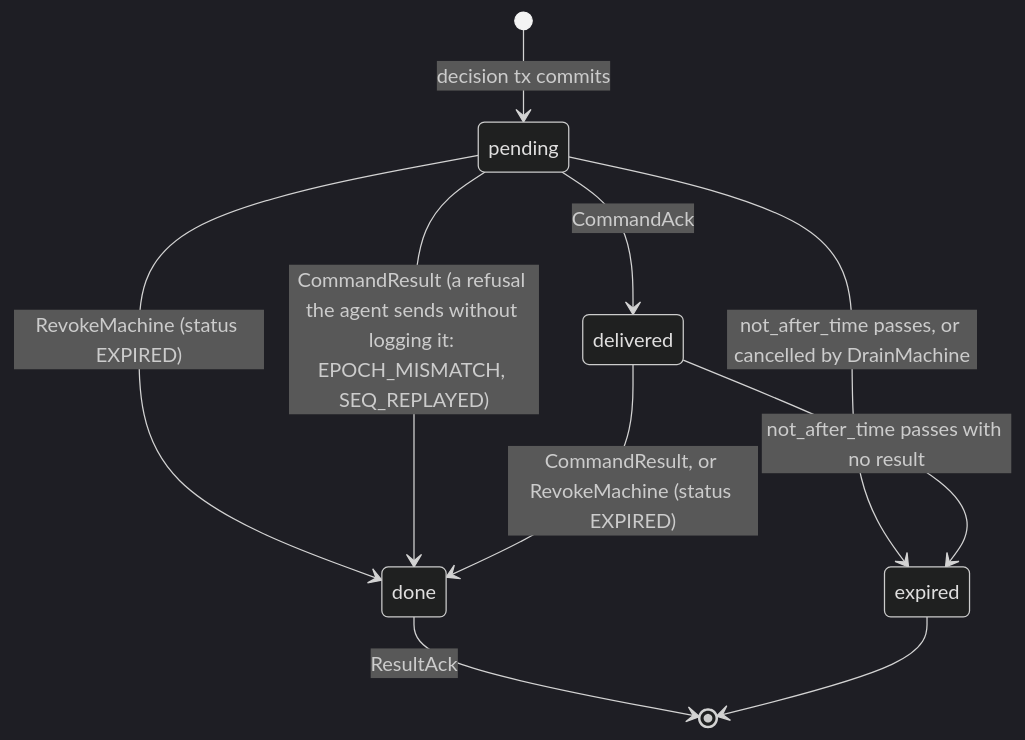
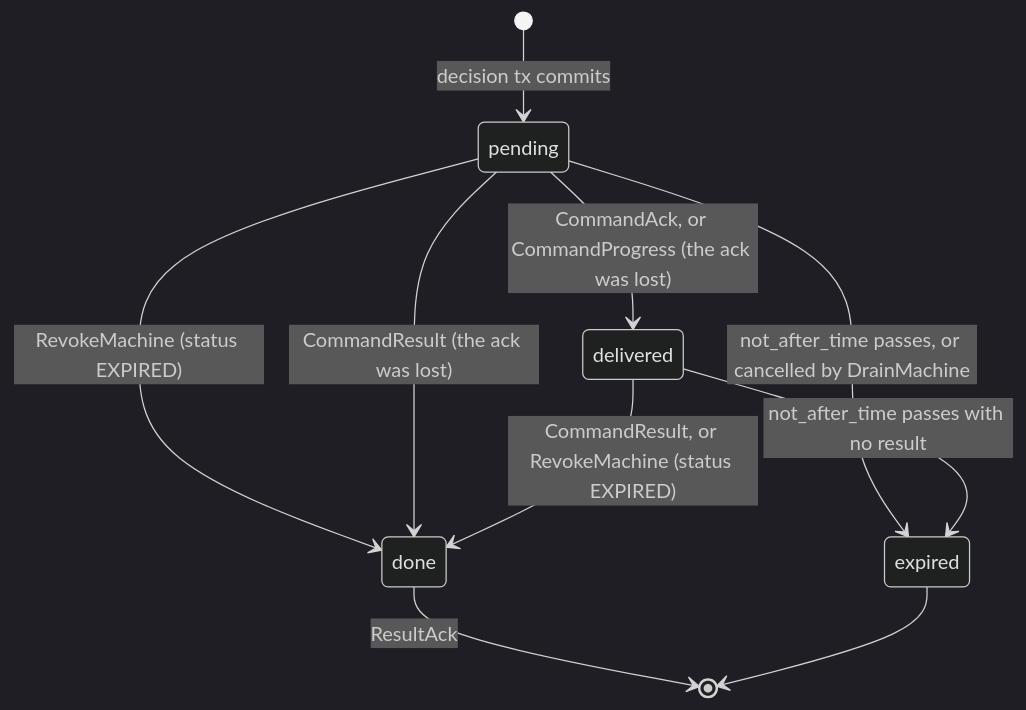
Before and after one commit to linuxdynasty/fleet-board: the third of 3 diagrams in docs/specs/02i-delivery-and-sequencing.md, drawn with Mermaid (dark theme). The commit also changed other lines of this file and 43 other files, not shown here.

First line of the commit message:
Hub: the command path, outbox, sender and the agent's answers (row 5 PR 5f) (#177)

````diff
--- a/docs/specs/02i-delivery-and-sequencing.md
+++ b/docs/specs/02i-delivery-and-sequencing.md
@@ -313,12 +313,12 @@
 ```mermaid
 stateDiagram-v2
   [*] --> pending: decision tx commits
-  pending --> delivered: CommandAck
+  pending --> delivered: CommandAck, or CommandProgress (the ack was lost)
   pending --> expired: not_after_time passes, or cancelled by DrainMachine
   pending --> done: RevokeMachine (status EXPIRED)
-  pending --> done: CommandResult (a refusal the agent sends without logging it: EPOCH_MISMATCH, SEQ_REPLAYED)
+  pending --> done: CommandResult (the ack was lost)
   delivered --> done: CommandResult, or RevokeMachine (status EXPIRED)
   delivered --> expired: not_after_time passes with no result
   done --> [*]: ResultAck
   expired --> [*]
 ```
````
